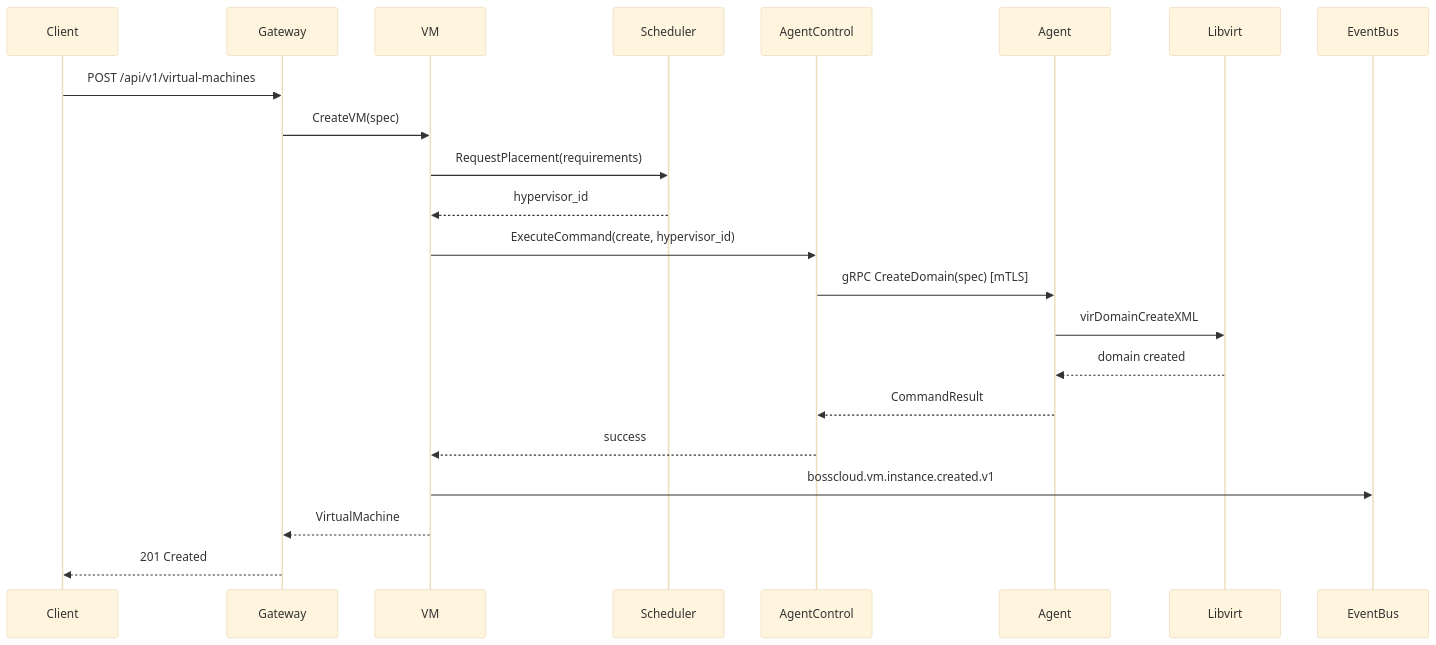
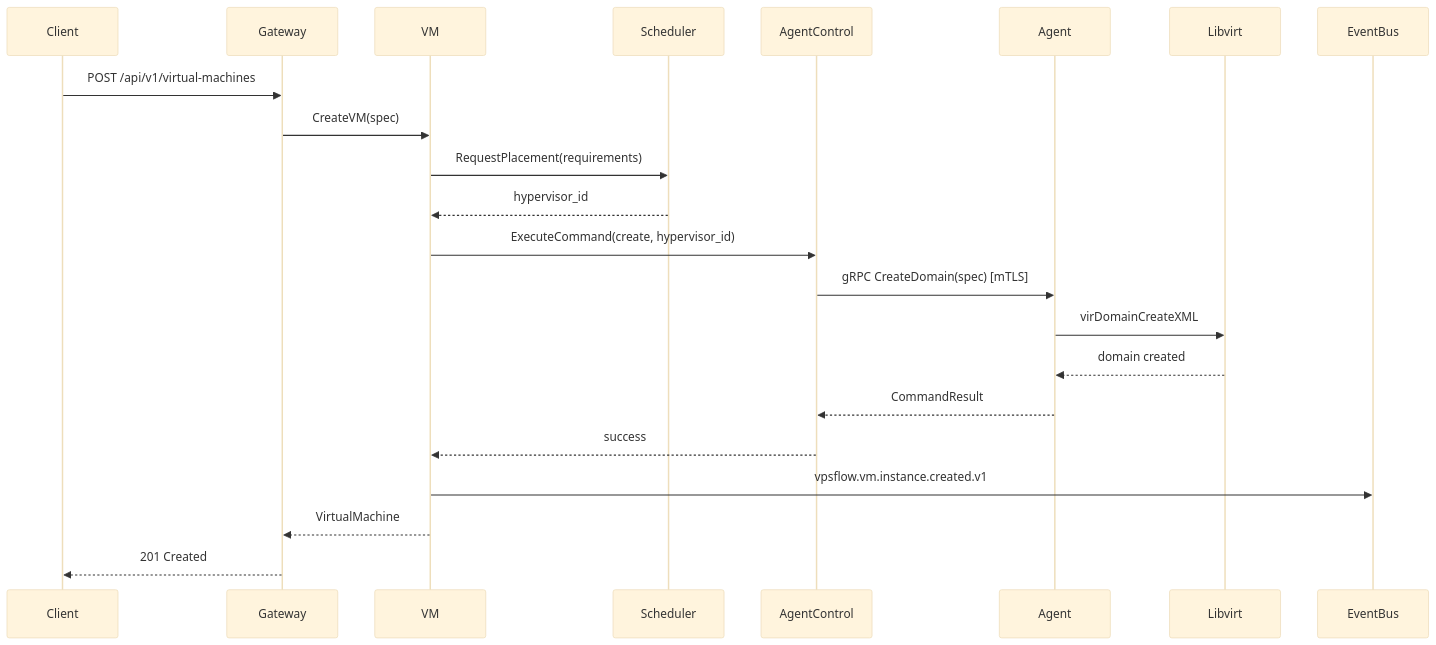
Before and after one commit to 23neeozz/VPSFlow: the diagram in docs/architecture/compute.md, drawn with Mermaid (base theme). The commit also changed other lines of this file and 156 other files, not shown here.

````diff
--- a/docs/architecture/compute.md
+++ b/docs/architecture/compute.md
@@ -7,24 +7,24 @@
 ```mermaid
 sequenceDiagram
     participant Client
     participant Gateway
     participant VM
     participant Scheduler
     participant AgentControl
     participant Agent
     participant Libvirt
 
     Client->>Gateway: POST /api/v1/virtual-machines
     Gateway->>VM: CreateVM(spec)
     VM->>Scheduler: RequestPlacement(requirements)
     Scheduler-->>VM: hypervisor_id
     VM->>AgentControl: ExecuteCommand(create, hypervisor_id)
     AgentControl->>Agent: gRPC CreateDomain(spec) [mTLS]
     Agent->>Libvirt: virDomainCreateXML
     Libvirt-->>Agent: domain created
     Agent-->>AgentControl: CommandResult
     AgentControl-->>VM: success
-    VM->>EventBus: bosscloud.vm.instance.created.v1
+    VM->>EventBus: vpsflow.vm.instance.created.v1
     VM-->>Gateway: VirtualMachine
     Gateway-->>Client: 201 Created
 ```
````
